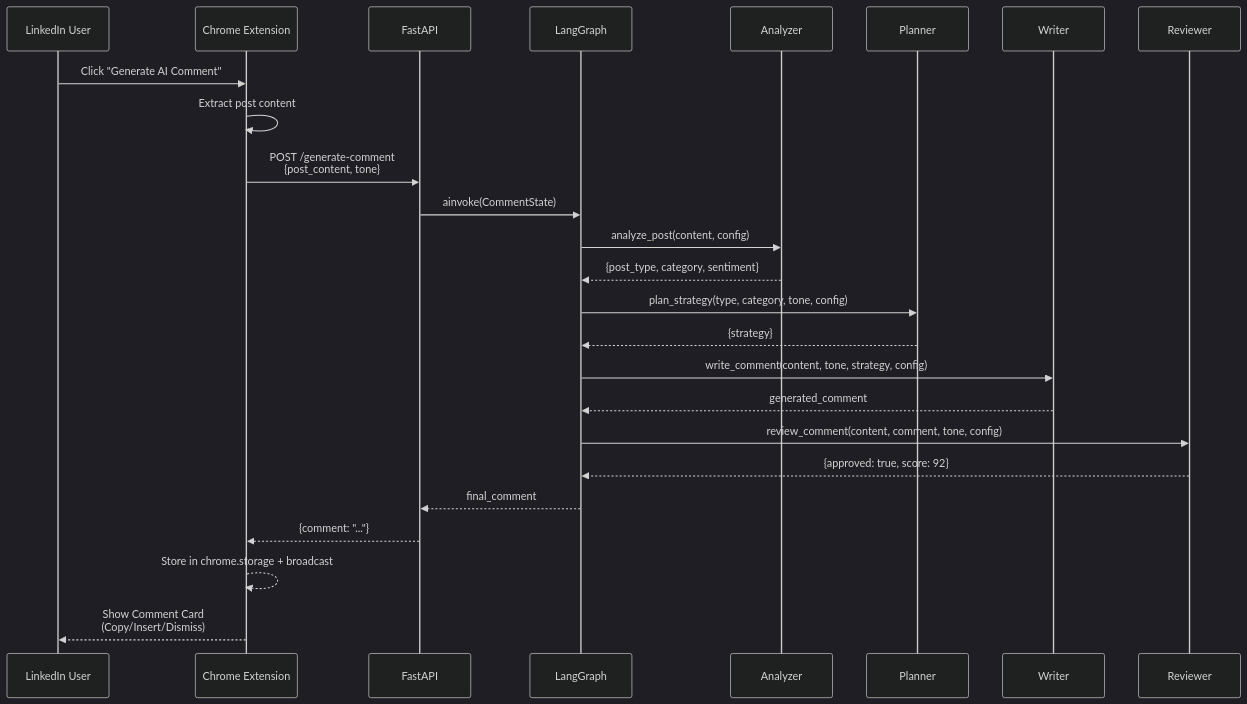
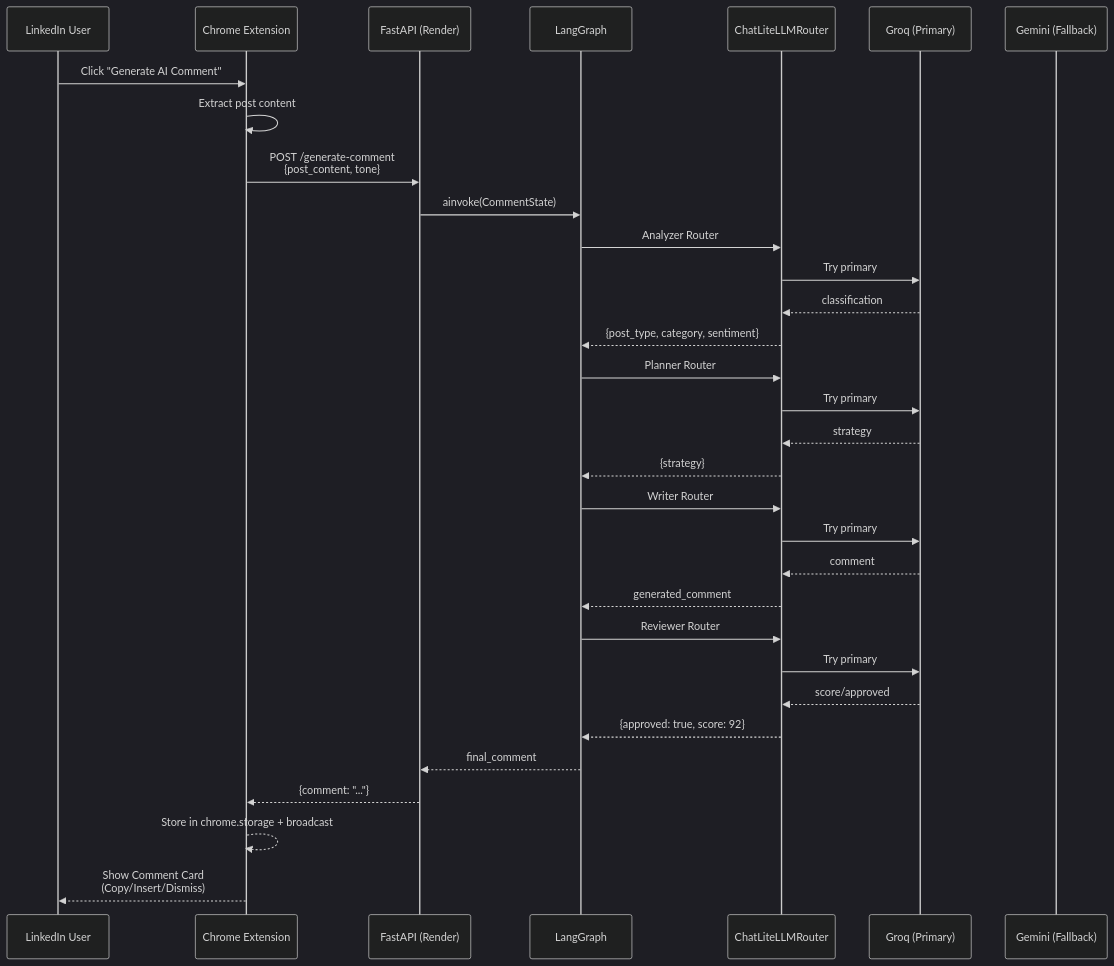
The fourth of 10 diagrams in doc/ARCHITECTURE.md (himanshu231204/linkedin-ai-comment-copilot), drawn with Mermaid (dark theme) before and after one commit. The commit also changed other lines of this file and 4 other files, not shown here.

First line of the commit message:
docs: update all documentation to reflect ChatLiteLLMRouter, Groq primary, and Render deployment

````diff
--- a/doc/ARCHITECTURE.md
+++ b/doc/ARCHITECTURE.md
@@ -183,34 +204,41 @@
 ```mermaid
 sequenceDiagram
     participant User as LinkedIn User
     participant Ext as Chrome Extension
-    participant API as FastAPI
+    participant API as FastAPI (Render)
     participant LG as LangGraph
-    participant A as Analyzer
-    participant P as Planner
-    participant W as Writer
-    participant R as Reviewer
+    participant R as ChatLiteLLMRouter
+    participant Groq as Groq (Primary)
+    participant Gemini as Gemini (Fallback)
 
     User->>Ext: Click "Generate AI Comment"
     Ext->>Ext: Extract post content
     Ext->>API: POST /generate-comment<br/>{post_content, tone}
 
     API->>LG: ainvoke(CommentState)
 
-    LG->>A: analyze_post(content, config)
-    A-->>LG: {post_type, category, sentiment}
+    LG->>R: Analyzer Router
+    R->>Groq: Try primary
+    Groq-->>R: classification
+    R-->>LG: {post_type, category, sentiment}
 
-    LG->>P: plan_strategy(type, category, tone, config)
-    P-->>LG: {strategy}
+    LG->>R: Planner Router
+    R->>Groq: Try primary
+    Groq-->>R: strategy
+    R-->>LG: {strategy}
 
-    LG->>W: write_comment(content, tone, strategy, config)
-    W-->>LG: generated_comment
+    LG->>R: Writer Router
+    R->>Groq: Try primary
+    Groq-->>R: comment
+    R-->>LG: generated_comment
 
-    LG->>R: review_comment(content, comment, tone, config)
+    LG->>R: Reviewer Router
+    R->>Groq: Try primary
+    Groq-->>R: score/approved
     R-->>LG: {approved: true, score: 92}
 
     LG-->>API: final_comment
     API-->>Ext: {comment: "..."}
     Ext-->>Ext: Store in chrome.storage + broadcast
     Ext-->>User: Show Comment Card<br/>(Copy/Insert/Dismiss)
 ```
````
